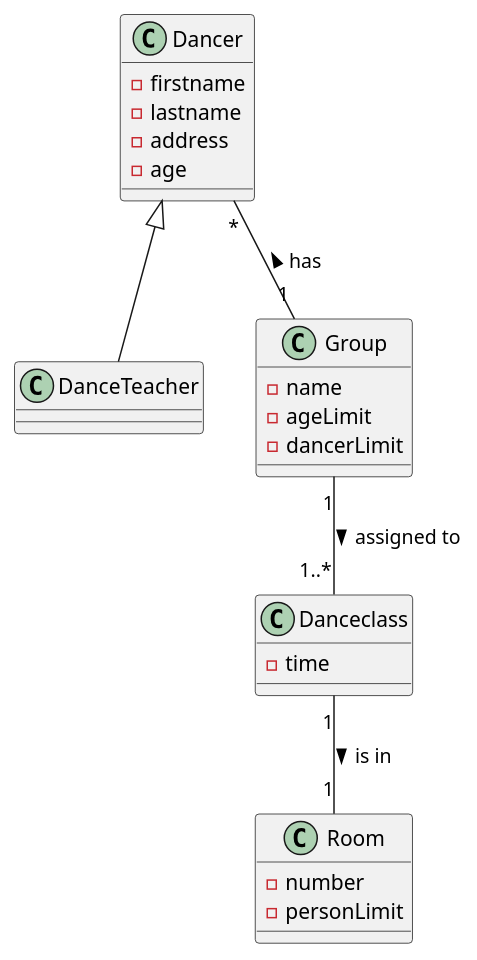
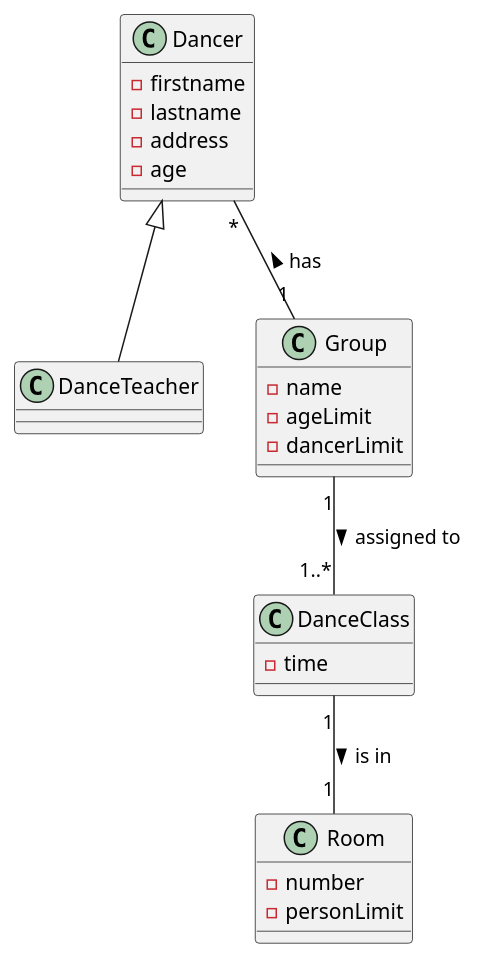
Before and after one commit to 2122-5ahif-nvs/02-microproject-Paatz: the diagram in asciidocs/plantuml/cld.puml, drawn with PlantUML. The commit also changed 47 other files, not shown here.

```diff
--- a/asciidocs/plantuml/cld.puml
+++ b/asciidocs/plantuml/cld.puml
@@ -1,32 +1,32 @@
 @startuml
 
 class Dancer {
    - firstname
    - lastname
    - address
    - age
 }
 
 class DanceTeacher{
 }
 
 class Group {
    - name
    - ageLimit
    - dancerLimit
 }
 
-class Danceclass{
+class DanceClass{
    - time
 }
 
 class Room{
     - number
     - personLimit
 }
 
 Dancer <|-- DanceTeacher
 Group "1" -up- "*" Dancer : has >
-Group "1" -down- "1..*" Danceclass : assigned to >
-Danceclass "1" -down- "1" Room : is in >
+Group "1" -down- "1..*" DanceClass : assigned to >
+DanceClass "1" -down- "1" Room : is in >
 @enduml
```
